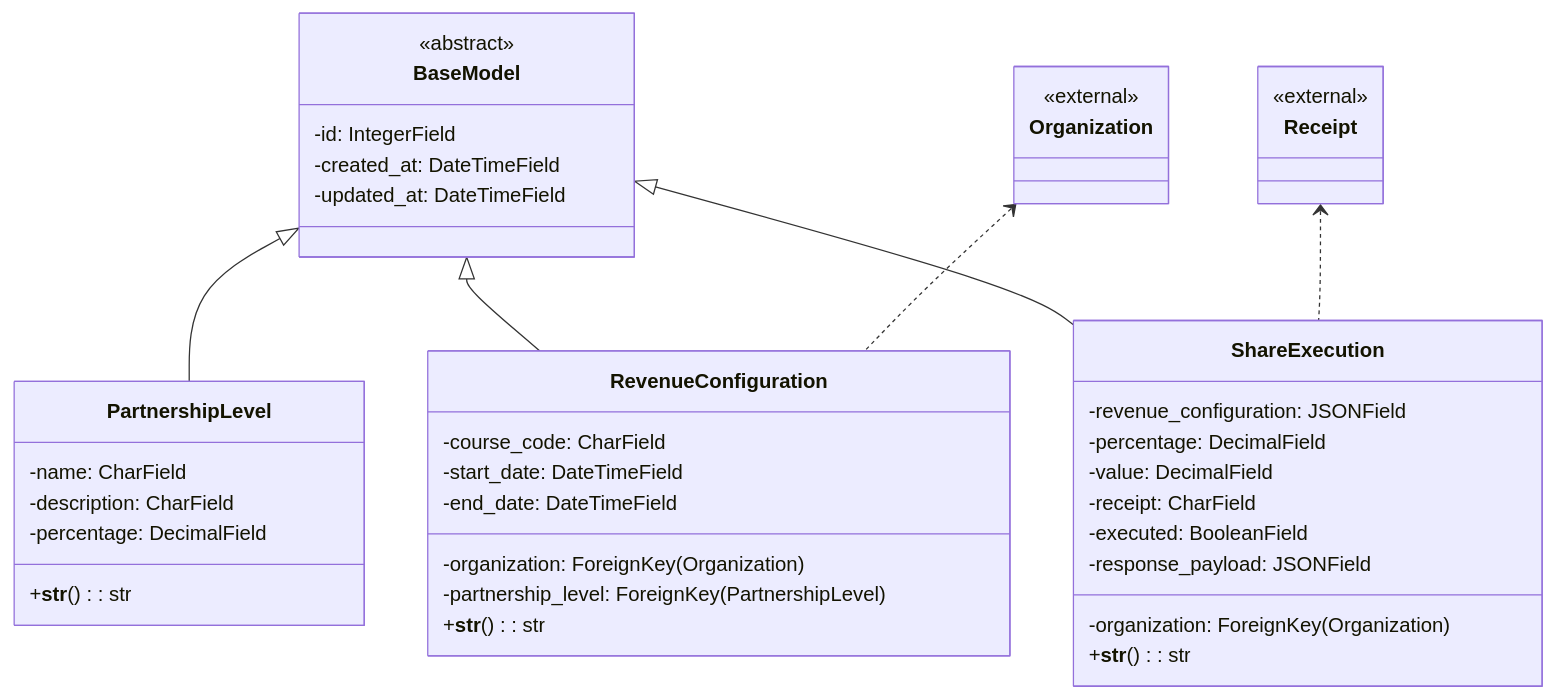
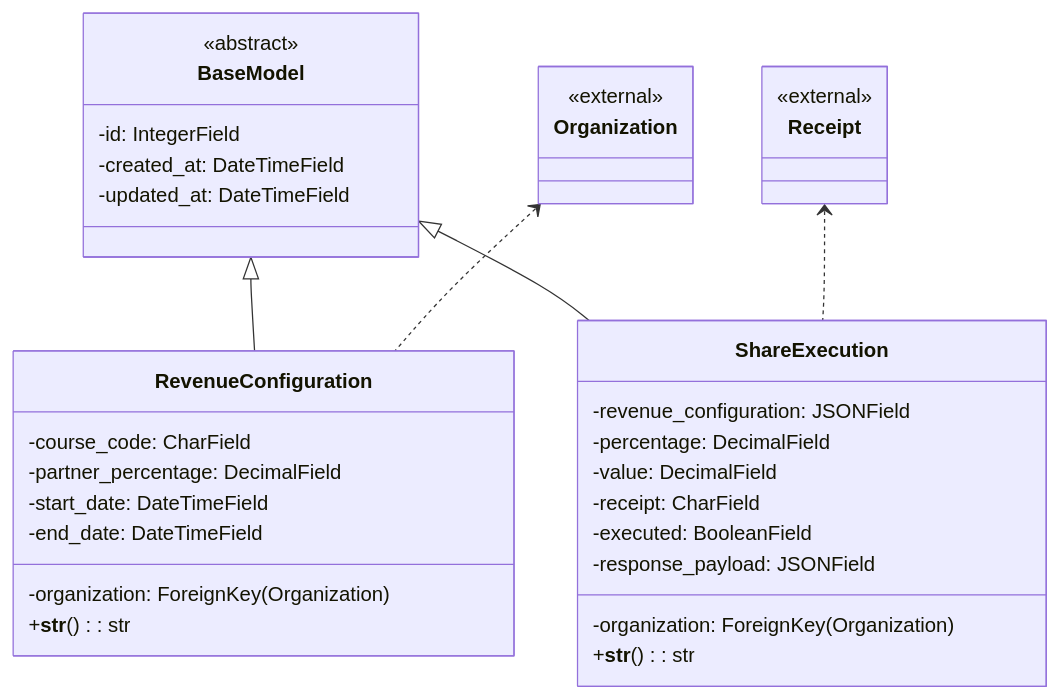
Before and after one commit to fccn/nau-financial-manager: the diagram in apps/shared_revenue/README.md, drawn with Mermaid. The commit also changed 12 other files, not shown here.

````diff
--- a/apps/shared_revenue/README.md
+++ b/apps/shared_revenue/README.md
@@ -8,44 +8,37 @@
 ```mermaid
 classDiagram
     class BaseModel {
         <<abstract>>
         -id: IntegerField
         -created_at: DateTimeField
         -updated_at: DateTimeField
     }
-    class PartnershipLevel {
-        -name: CharField
-        -description: CharField
-        -percentage: DecimalField
-        +__str__(): str
-    }
     class Organization {
         <<external>>
     }
     class RevenueConfiguration {
         -organization: ForeignKey(Organization)
         -course_code: CharField
-        -partnership_level: ForeignKey(PartnershipLevel)
+        -partner_percentage: DecimalField
         -start_date: DateTimeField
         -end_date: DateTimeField
         +__str__(): str
     }
     class Receipt {
         <<external>>
     }
     class ShareExecution {
         -organization: ForeignKey(Organization)
         -revenue_configuration: JSONField
         -percentage: DecimalField
         -value: DecimalField
         -receipt: CharField
         -executed: BooleanField
         -response_payload: JSONField
         +__str__(): str
     }
-    BaseModel <|-- PartnershipLevel
     BaseModel <|-- RevenueConfiguration
     BaseModel <|-- ShareExecution
     Organization <.. RevenueConfiguration
     Receipt <.. ShareExecution
 ```
````
